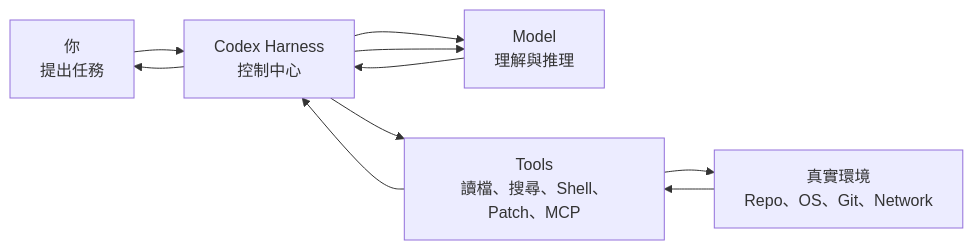
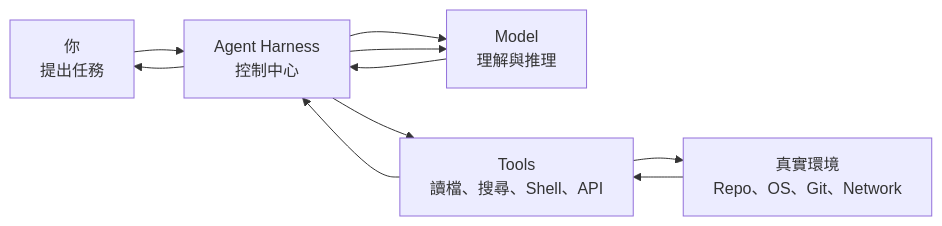
Before and after one commit to indigofeather/harness-book: the first of 5 diagrams in docs/intro.md, drawn with Mermaid. The commit also changed other lines of this file, not shown here.

Commit message:
docs: frame Codex and DeepSeek as two harness case studies

````diff
--- a/docs/intro.md
+++ b/docs/intro.md
@@ -22,12 +22,12 @@
 ```mermaid
 flowchart LR
-  U[你\n提出任務] --> H[Codex Harness\n控制中心]
+  U[你\n提出任務] --> H[Agent Harness\n控制中心]
   H --> M[Model\n理解與推理]
   M --> H
-  H --> T[Tools\n讀檔、搜尋、Shell、Patch、MCP]
+  H --> T[Tools\n讀檔、搜尋、Shell、API]
   T --> W[真實環境\nRepo、OS、Git、Network]
   W --> T
   T --> H
   H --> M
   H --> U
 ```
````
